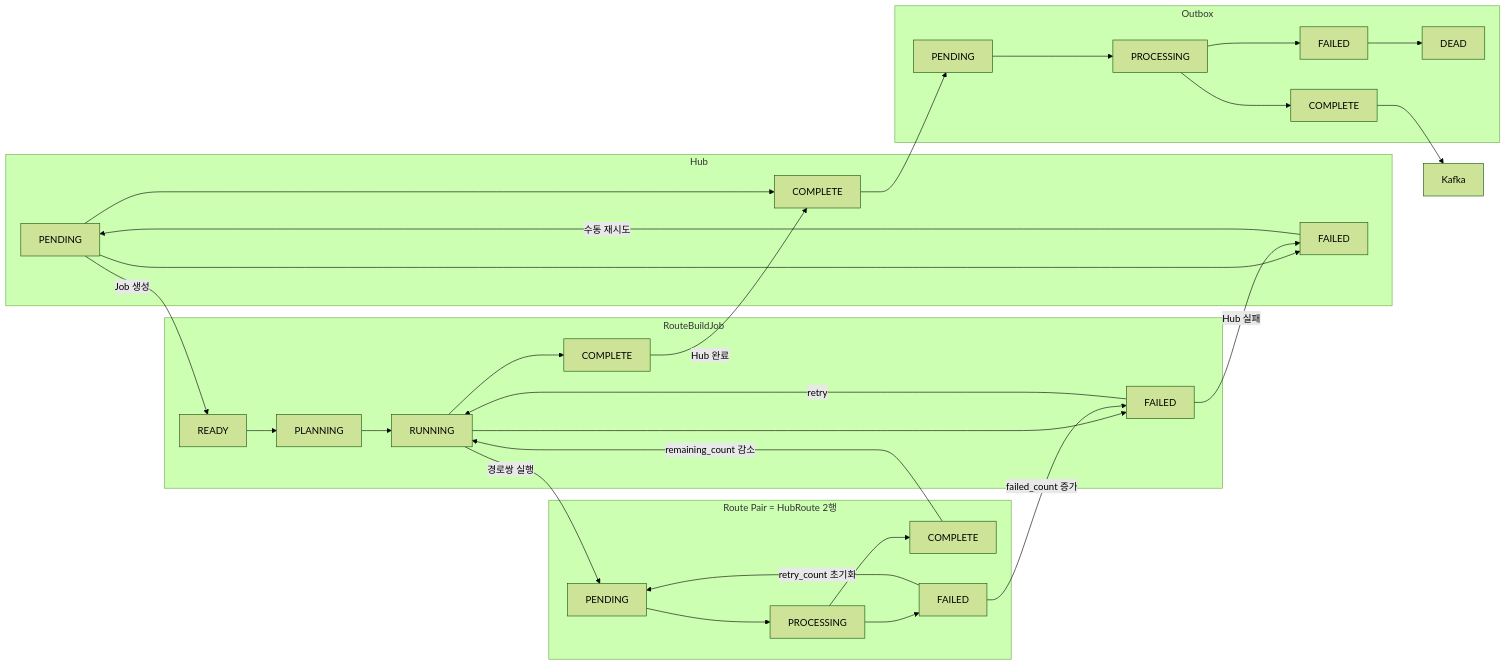
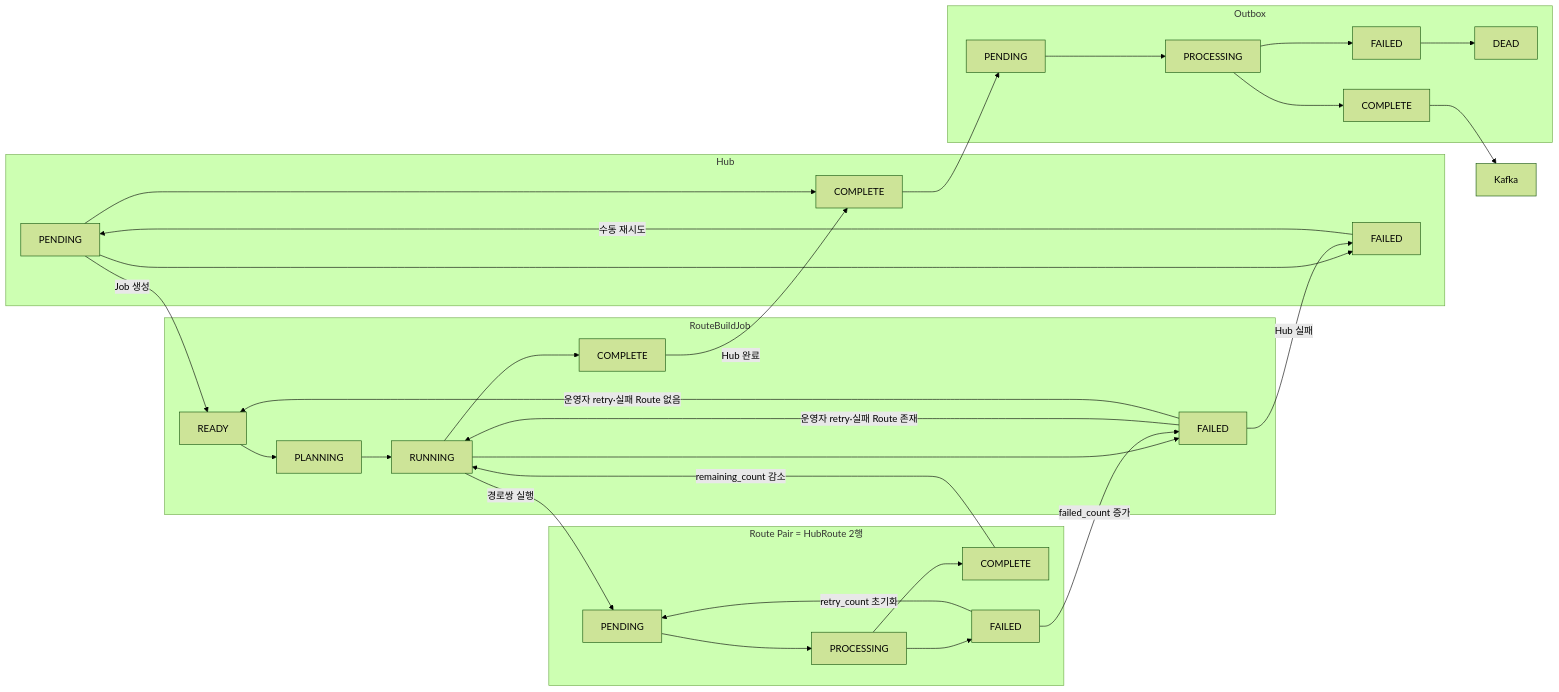
Before and after one commit to jumun-personal/hub: the sixth of 7 diagrams in docs/hub-route-job-pipeline.md, drawn with Mermaid (forest theme). The commit also changed other lines of this file and 2 other files, not shown here.

Commit message:
docs(hub-route): 문서 갱신

````diff
--- a/docs/hub-route-job-pipeline.md
+++ b/docs/hub-route-job-pipeline.md
@@ -163,36 +174,37 @@
 ```mermaid
 flowchart LR
     subgraph H["Hub"]
         HP["PENDING"] --> HC["COMPLETE"]
         HP --> HF["FAILED"]
         HF -->|"수동 재시도"| HP
     end
 
     subgraph J["RouteBuildJob"]
         JR["READY"] --> JP["PLANNING"] --> JW["RUNNING"]
         JW --> JC["COMPLETE"]
         JW --> JF["FAILED"]
-        JF -->|"retry"| JW
+        JF -->|"운영자 retry·실패 Route 존재"| JW
+        JF -->|"운영자 retry·실패 Route 없음"| JR
     end
 
     subgraph R["Route Pair = HubRoute 2행"]
         RP["PENDING"] --> RX["PROCESSING"] --> RC["COMPLETE"]
         RX --> RF["FAILED"]
         RF -->|"retry_count 초기화"| RP
     end
 
     subgraph O["Outbox"]
         OP["PENDING"] --> OX["PROCESSING"] --> OC["COMPLETE"]
         OX --> OF["FAILED"] --> OD["DEAD"]
     end
     Kafka["Kafka"]
 
     HP -->|"Job 생성"| JR
     JW -->|"경로쌍 실행"| RP
     RC -->|"remaining_count 감소"| JW
     RF -->|"failed_count 증가"| JF
     JF -->|"Hub 실패"| HF
     JC -->|"Hub 완료"| HC
     HC --> OP
     OC --> Kafka
 ```
````
